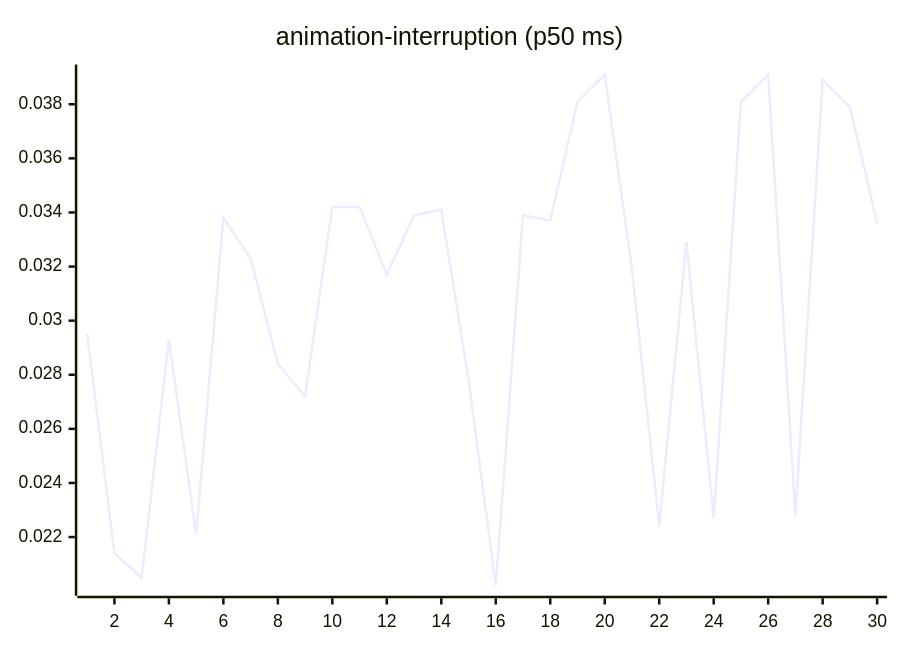
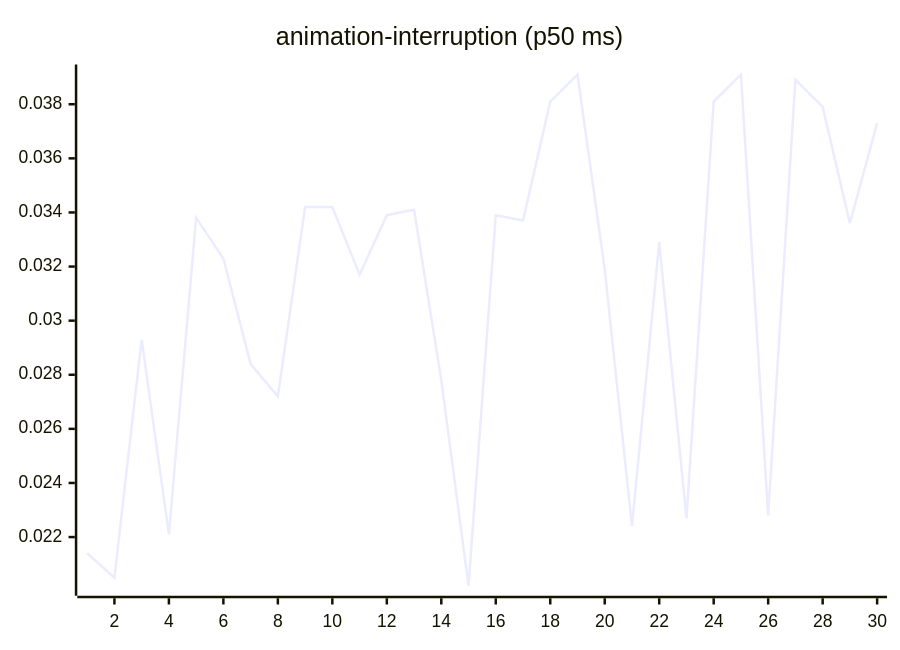
Before and after one commit to josha/Facet: the third of 27 diagrams in README.md, drawn with Mermaid. The commit also changed other lines of this file and 2 other files, not shown here.

````diff
--- a/README.md
+++ b/README.md
@@ -77,6 +77,6 @@
 ```mermaid
 xychart-beta
     title "animation-interruption (p50 ms)"
     x-axis 1 --> 30
-    line [0.0295, 0.0214, 0.0205, 0.0293, 0.0221, 0.0338, 0.0323, 0.0284, 0.0272, 0.0342, 0.0342, 0.0317, 0.0339, 0.0341, 0.0278, 0.0202, 0.0339, 0.0337, 0.0381, 0.0391, 0.0319, 0.0224, 0.0329, 0.0227, 0.0381, 0.0391, 0.0228, 0.0389, 0.0379, 0.0336]
+    line [0.0214, 0.0205, 0.0293, 0.0221, 0.0338, 0.0323, 0.0284, 0.0272, 0.0342, 0.0342, 0.0317, 0.0339, 0.0341, 0.0278, 0.0202, 0.0339, 0.0337, 0.0381, 0.0391, 0.0319, 0.0224, 0.0329, 0.0227, 0.0381, 0.0391, 0.0228, 0.0389, 0.0379, 0.0336, 0.0373]
 ```
````
